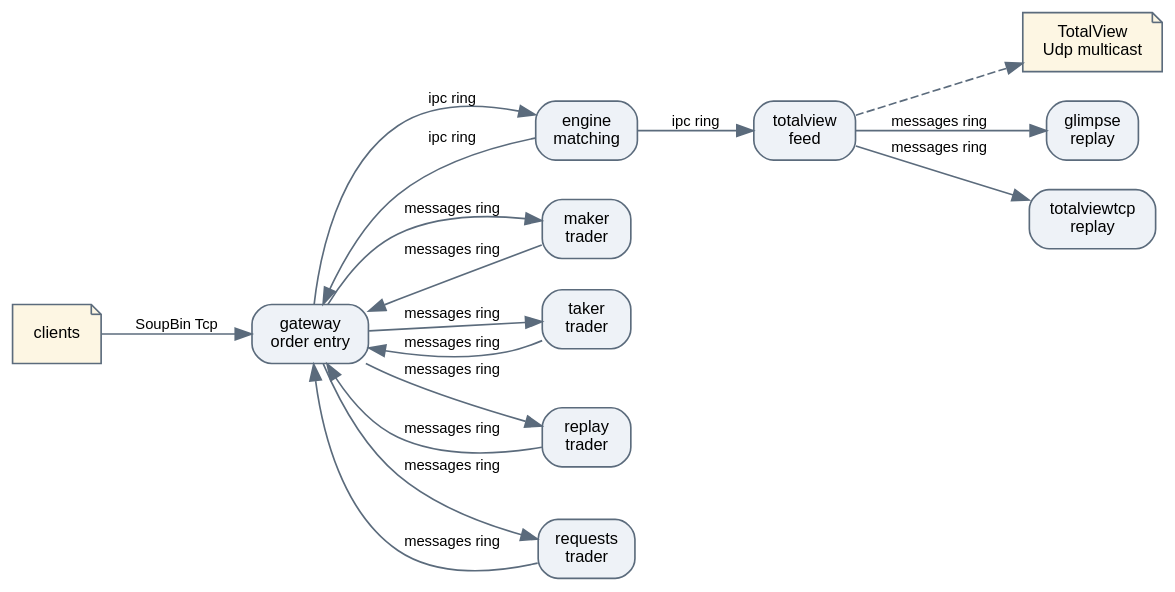
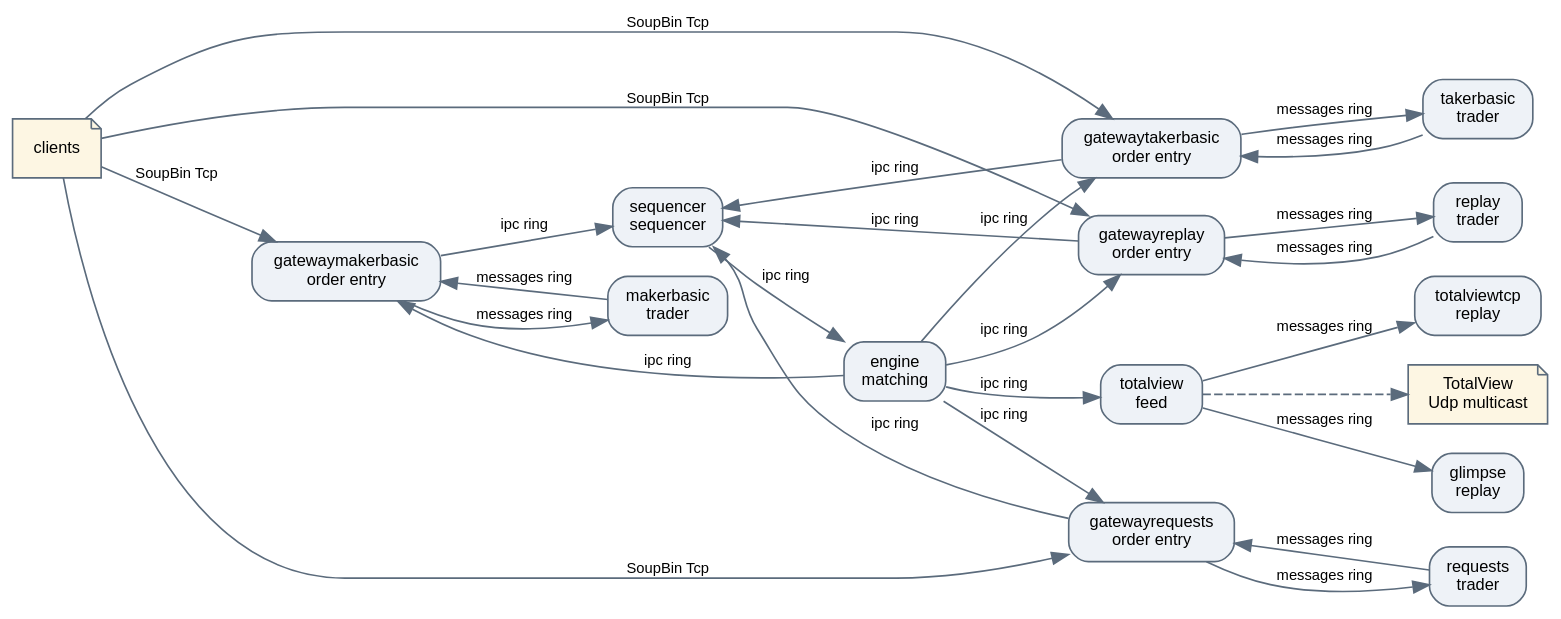
Before and after one commit to Open-Markets-Initiative/omi-cpp-exchanges: the diagram in nasdaq/equities/open/system/topology.dot, drawn with Graphviz. The commit also changed 2870 other files, not shown here.

```diff
--- a/nasdaq/equities/open/system/topology.dot
+++ b/nasdaq/equities/open/system/topology.dot
@@ -1,47 +1,61 @@
 // Nasdaq Stock Market Open — the venue's components and the links between them.
 //
 // Generated from the exchange's own declaration, so it cannot disagree with what was
 // built. Render it with:  dot -Tsvg topology.dot -o topology.svg
 
 digraph nasdaq {
     rankdir = LR;
     graph [fontname = "Helvetica", bgcolor = "transparent", splines = true];
     node  [fontname = "Helvetica", fontsize = 10, shape = box, style = "rounded,filled", fillcolor = "#eef2f7", color = "#5b6b7c"];
     edge  [fontname = "Helvetica", fontsize = 9, color = "#5b6b7c"];
 
     // The outside world: what reaches the venue and what leaves it.
     clients [label = "clients", shape = note, fillcolor = "#fdf6e3"];
     totalview_out [label = "TotalView\nUdp multicast", shape = note, fillcolor = "#fdf6e3"];
 
     // The components, each its own process in the separated versions and its own thread in the single binary.
-    gateway [label = "gateway\norder entry"];
+    gatewaymakerbasic [label = "gatewaymakerbasic\norder entry"];
+    gatewaytakerbasic [label = "gatewaytakerbasic\norder entry"];
+    gatewayreplay [label = "gatewayreplay\norder entry"];
+    gatewayrequests [label = "gatewayrequests\norder entry"];
     engine [label = "engine\nmatching"];
+    sequencer [label = "sequencer\nsequencer"];
     totalview [label = "totalview\nfeed"];
     glimpse [label = "glimpse\nreplay"];
     totalviewtcp [label = "totalviewtcp\nreplay"];
-    maker [label = "maker\ntrader"];
-    taker [label = "taker\ntrader"];
+    makerbasic [label = "makerbasic\ntrader"];
+    takerbasic [label = "takerbasic\ntrader"];
     replay [label = "replay\ntrader"];
     requests [label = "requests\ntrader"];
 
     // Order entry arrives over Tcp, whichever version is running.
-    clients -> gateway [label = "SoupBin Tcp"];
+    clients -> gatewaymakerbasic [label = "SoupBin Tcp"];
+    clients -> gatewaytakerbasic [label = "SoupBin Tcp"];
+    clients -> gatewayreplay [label = "SoupBin Tcp"];
+    clients -> gatewayrequests [label = "SoupBin Tcp"];
 
     // Between the components: a queue in one process, a ring across several, a socket across machines.
-    gateway -> engine [label = "ipc ring"];
-    engine -> gateway [label = "ipc ring"];
+    gatewaymakerbasic -> sequencer [label = "ipc ring"];
+    gatewaytakerbasic -> sequencer [label = "ipc ring"];
+    gatewayreplay -> sequencer [label = "ipc ring"];
+    gatewayrequests -> sequencer [label = "ipc ring"];
+    sequencer -> engine [label = "ipc ring"];
+    engine -> gatewaymakerbasic [label = "ipc ring"];
+    engine -> gatewaytakerbasic [label = "ipc ring"];
+    engine -> gatewayreplay [label = "ipc ring"];
+    engine -> gatewayrequests [label = "ipc ring"];
     engine -> totalview [label = "ipc ring"];
     totalview -> glimpse [label = "messages ring"];
     totalview -> totalviewtcp [label = "messages ring"];
-    gateway -> maker [label = "messages ring"];
-    maker -> gateway [label = "messages ring"];
-    gateway -> taker [label = "messages ring"];
-    taker -> gateway [label = "messages ring"];
-    gateway -> replay [label = "messages ring"];
-    replay -> gateway [label = "messages ring"];
-    gateway -> requests [label = "messages ring"];
-    requests -> gateway [label = "messages ring"];
+    gatewaymakerbasic -> makerbasic [label = "messages ring"];
+    makerbasic -> gatewaymakerbasic [label = "messages ring"];
+    gatewaytakerbasic -> takerbasic [label = "messages ring"];
+    takerbasic -> gatewaytakerbasic [label = "messages ring"];
+    gatewayreplay -> replay [label = "messages ring"];
+    replay -> gatewayreplay [label = "messages ring"];
+    gatewayrequests -> requests [label = "messages ring"];
+    requests -> gatewayrequests [label = "messages ring"];
 
     // And out: each feed publishes and records what it is given.
     totalview -> totalview_out [style = dashed];
 }
```
